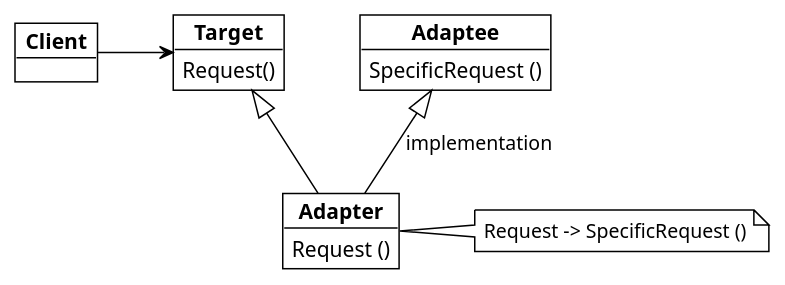
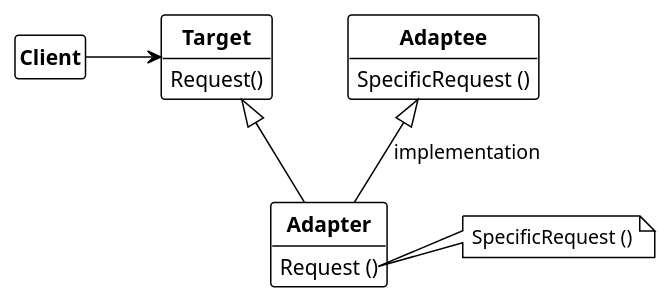
One commit to dst80/design-patterns changed the first of 2 diagrams in structural_pattern/adapter/adapter.md. Above: the diagram before and after it, drawn with PlantUML. The commit also changed other lines of this file and 10 other files, not shown here.

````diff
--- a/structural_pattern/adapter/adapter.md
+++ b/structural_pattern/adapter/adapter.md
@@ -20,27 +20,32 @@
 ```plantuml
 @startuml adapter_by_inheritance
 !theme plain
 skinparam nodesep 50
 skinparam ranksep 50
-object "**Client**" as client
-object "**Target**" as target {
+hide circle
+hide fields
+
+class "**Client**" as client
+hide client members
+
+class "**Target**" as target {
     Request()
 }
 
-object "**Adapter**" as adapter {
+class "**Adapter**" as adapter {
     Request ()
 }
 
-note right of adapter
-    Request -> SpecificRequest ()
+note right of adapter::Request
+    SpecificRequest ()
 end note
 
-object "**Adaptee**" as adaptee {
+class "**Adaptee**" as adaptee {
     SpecificRequest ()
 }
 
 client -r--> target
 target <|-- adapter
 adaptee <|-- adapter : implementation
 @enduml
 ```
````
